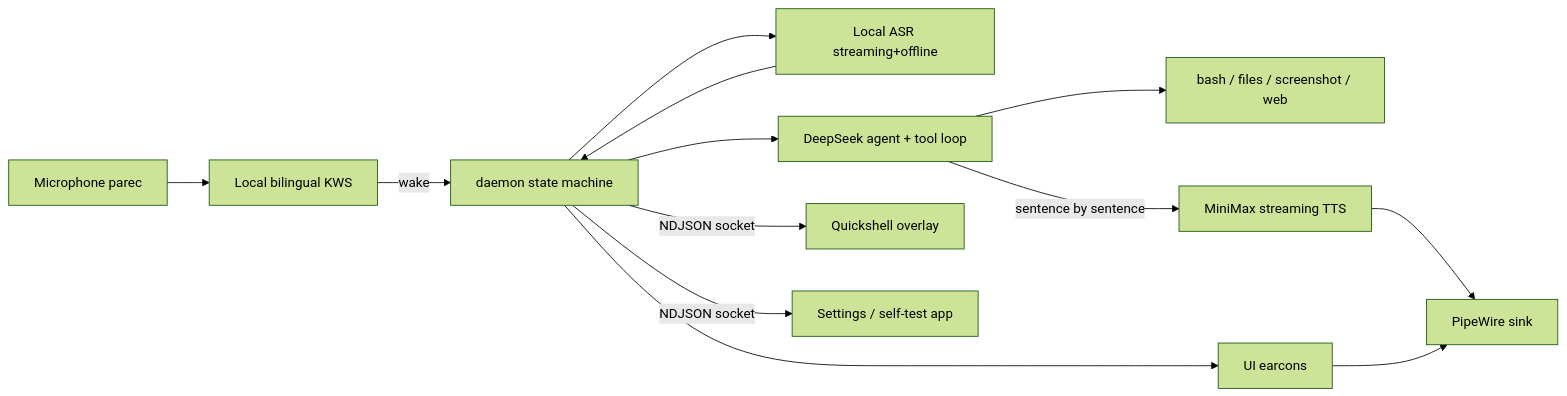
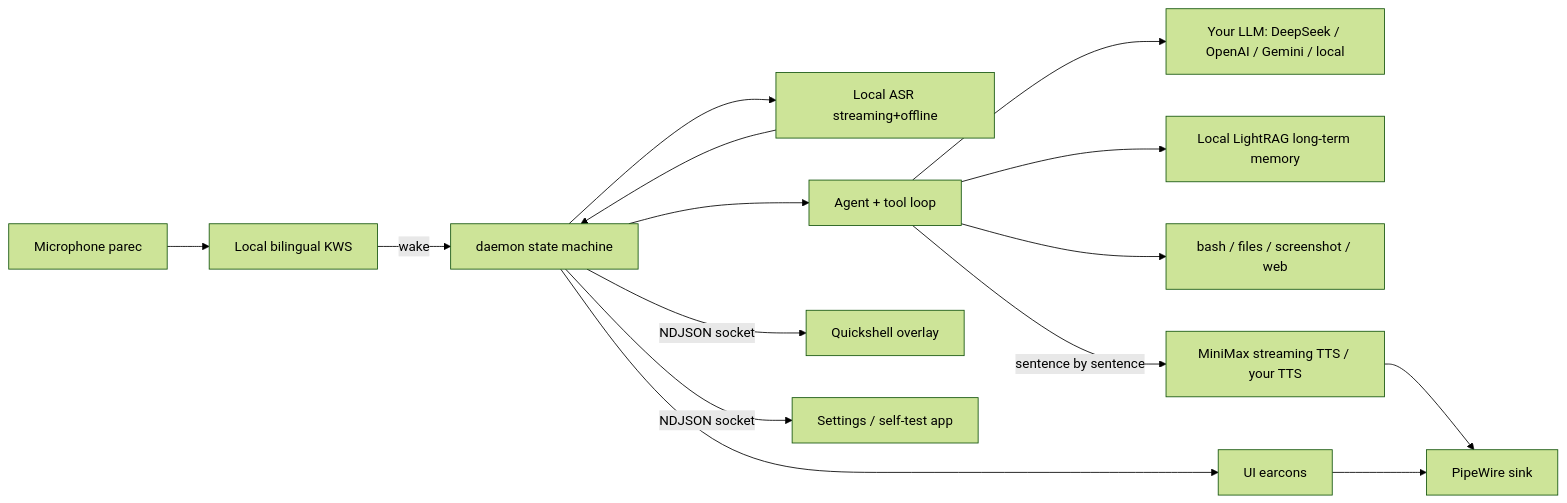
One commit to muzapar00/figaro changed the diagram in README.md. Above: the diagram before and after it, drawn with Mermaid (forest theme). The commit also changed other lines of this file and 139 other files, not shown here.

````diff
--- a/README.md
+++ b/README.md
@@ -107,15 +123,17 @@
 ```mermaid
 flowchart LR
     Mic[Microphone parec] --> KWS[Local bilingual KWS]
     KWS -->|wake| D[daemon state machine]
     D --> ASR[Local ASR streaming+offline]
     ASR --> D
-    D --> Brain[DeepSeek agent + tool loop]
+    D --> Brain[Agent + tool loop]
+    Brain --> LLM[Your LLM: DeepSeek / OpenAI / Gemini / local]
+    Brain --> RAG[Local LightRAG long-term memory]
     Brain --> Tools[bash / files / screenshot / web]
-    Brain -->|sentence by sentence| TTS[MiniMax streaming TTS]
+    Brain -->|sentence by sentence| TTS[MiniMax streaming TTS / your TTS]
     TTS --> Sink[PipeWire sink]
     D --> SFX[UI earcons]
     SFX --> Sink
     D -->|NDJSON socket| UI[Quickshell overlay]
     D -->|NDJSON socket| Settings[Settings / self-test app]
 ```
````
